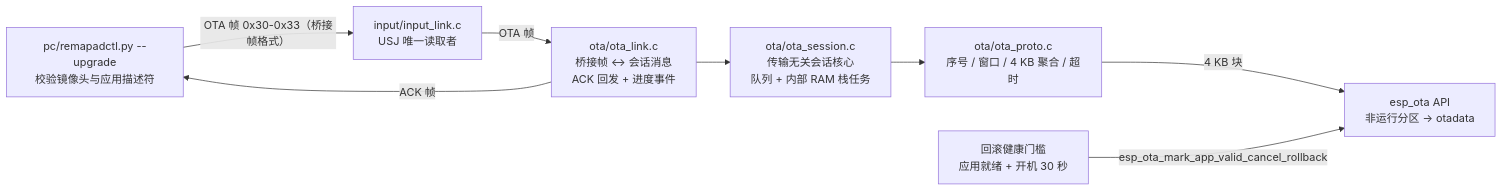
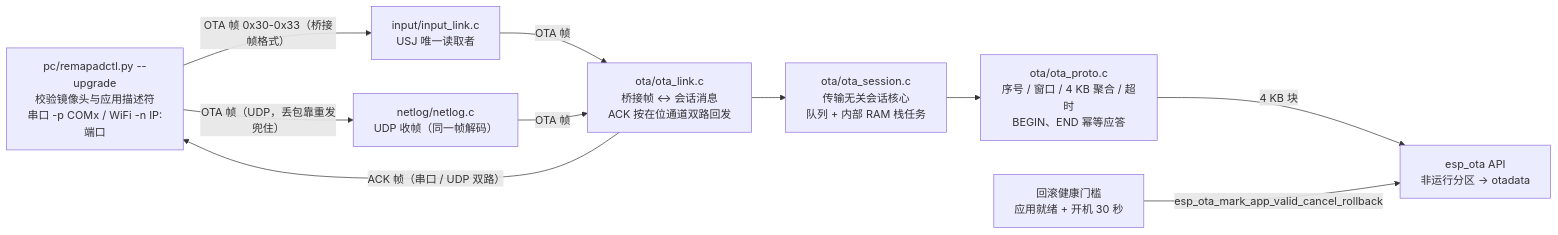
The seventh of 9 diagrams in docs/ARCHITECTURE.md (slime7/remapad), drawn with Mermaid before and after one commit. The commit also changed other lines of this file and 29 other files, not shown here.

First line of the commit message:
feat(firmware,pc,docs): OTA 走 WiFi，GUI 改名 gui.py 并回读 netlog 凭据

````diff
--- a/docs/ARCHITECTURE.md
+++ b/docs/ARCHITECTURE.md
@@ -282,18 +281,21 @@
 ```mermaid
 flowchart LR
-    Tool["pc/remapadctl.py --upgrade<br/>校验镜像头与应用描述符"]
+    Tool["pc/remapadctl.py --upgrade<br/>校验镜像头与应用描述符<br/>串口 -p COMx / WiFi -n IP:端口"]
     Link["input/input_link.c<br/>USJ 唯一读取者"]
-    Adapt["ota/ota_link.c<br/>桥接帧 ↔ 会话消息<br/>ACK 回发 + 进度事件"]
+    Net["netlog/netlog.c<br/>UDP 收帧（同一帧解码）"]
+    Adapt["ota/ota_link.c<br/>桥接帧 ↔ 会话消息<br/>ACK 按在位通道双路回发"]
     Session["ota/ota_session.c<br/>传输无关会话核心<br/>队列 + 内部 RAM 栈任务"]
-    Proto["ota/ota_proto.c<br/>序号 / 窗口 / 4 KB 聚合 / 超时"]
+    Proto["ota/ota_proto.c<br/>序号 / 窗口 / 4 KB 聚合 / 超时<br/>BEGIN、END 幂等应答"]
     Flash["esp_ota API<br/>非运行分区 → otadata"]
     Health["回滚健康门槛<br/>应用就绪 + 开机 30 秒"]
 
     Tool -->|"OTA 帧 0x30-0x33（桥接帧格式）"| Link
+    Tool -->|"OTA 帧（UDP，丢包靠重发兜住）"| Net
     Link -->|OTA 帧| Adapt
+    Net -->|OTA 帧| Adapt
     Adapt --> Session
     Session --> Proto
     Proto -->|"4 KB 块"| Flash
-    Adapt -->|"ACK 帧"| Tool
+    Adapt -->|"ACK 帧（串口 / UDP 双路）"| Tool
     Health -->|esp_ota_mark_app_valid_cancel_rollback| Flash
 ```
````
